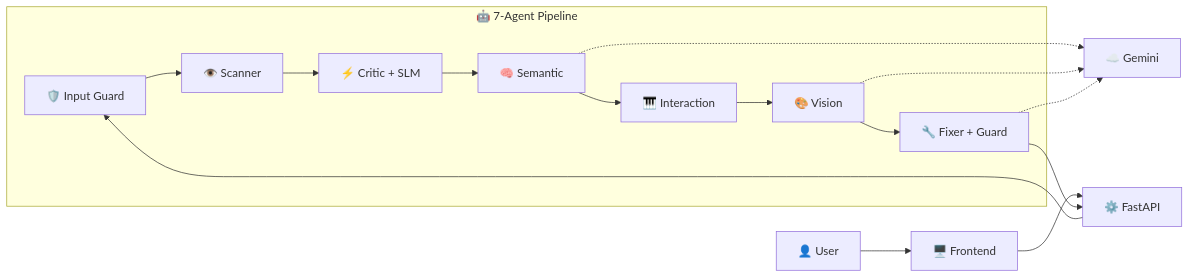
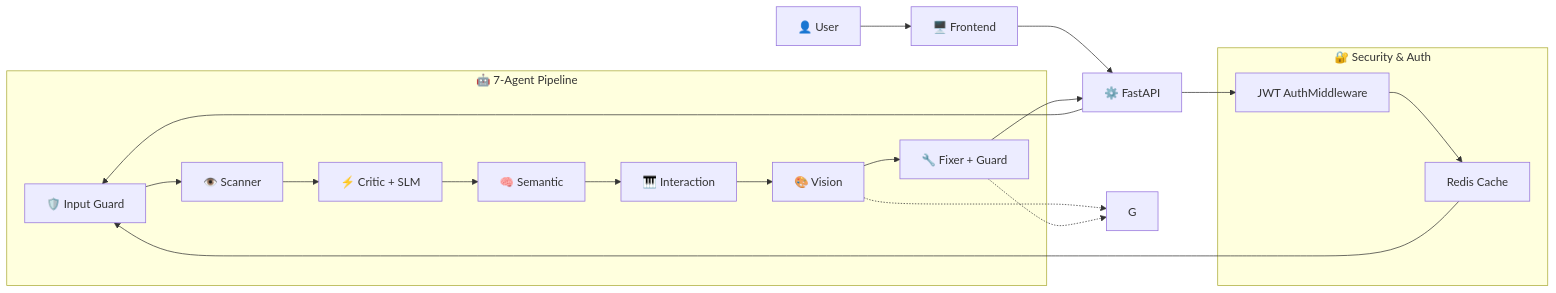
Before and after one commit to arjunbhakuninewgen/EmpathAI_auditor: the first of 2 diagrams in README.md, drawn with Mermaid. The commit also changed other lines of this file and 4 other files, not shown here.

````diff
--- a/README.md
+++ b/README.md
@@ -29,20 +29,26 @@
 ```mermaid
 flowchart LR
     subgraph Agents["🤖 7-Agent Pipeline"]
         A1[🛡️ Input Guard] --> A2[👁️ Scanner]
         A2 --> A3[⚡ Critic + SLM]
         A3 --> A4[🧠 Semantic]
         A4 --> A5[🎹 Interaction]
         A5 --> A6[🎨 Vision]
         A6 --> A7[🔧 Fixer + Guard]
     end
     
     U[👤 User] --> F[🖥️ Frontend]
     F --> API[⚙️ FastAPI]
     API --> A1
     A7 --> API
     
-    A4 -.-> G[☁️ Gemini]
     A6 -.-> G
     A7 -.-> G
+
+    subgraph Security["🔐 Security & Auth"]
+        Auth[JWT AuthMiddleware]
+        Cache[Redis Cache]
+    end
+
+    API --> Auth --> Cache --> A1
 ```
````
